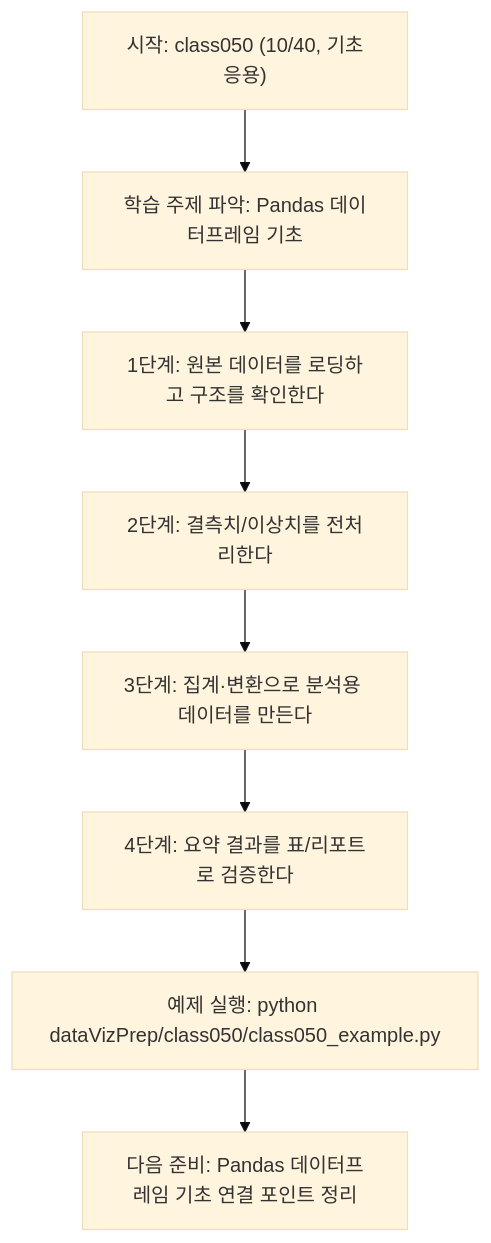
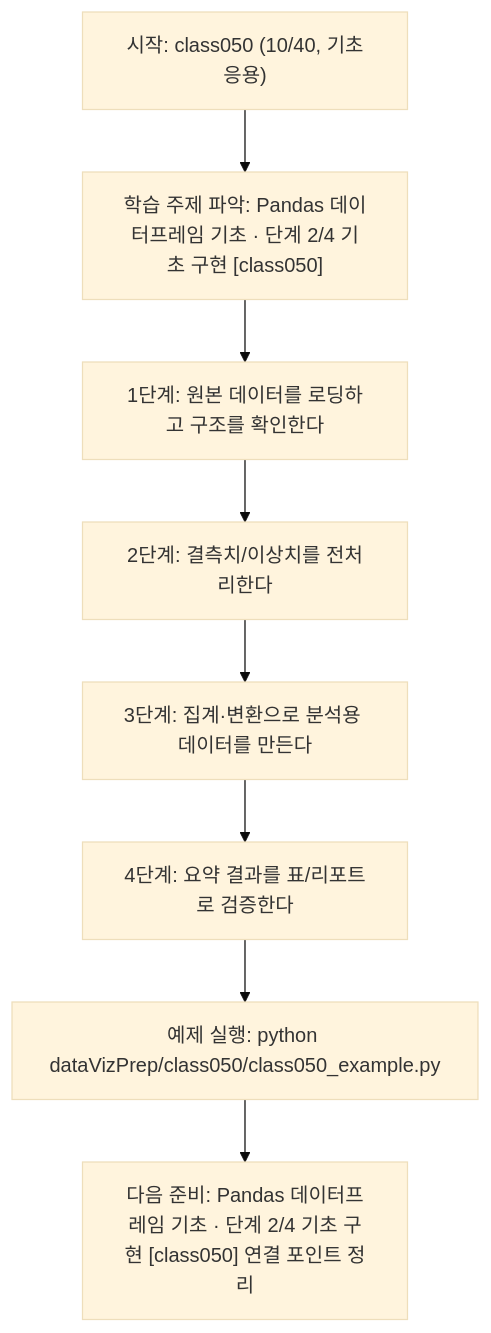
The diagram in dataVizPrep/class050/class050.md (edumgt/Python-AI_Agent-Class), drawn with Mermaid (base theme) before and after one commit. The commit also changed other lines of this file and 522 other files, not shown here.

````diff
--- a/dataVizPrep/class050/class050.md
+++ b/dataVizPrep/class050/class050.md
@@ -110,18 +111,18 @@
 ```mermaid
 flowchart TD
 N1["시작: class050 (10/40, 기초응용)"]
-N2["학습 주제 파악: Pandas 데이터프레임 기초"]
+N2["학습 주제 파악: Pandas 데이터프레임 기초 · 단계 2/4 기초 구현 [class050]"]
 N3["1단계: 원본 데이터를 로딩하고 구조를 확인한다"]
 N4["2단계: 결측치/이상치를 전처리한다"]
 N5["3단계: 집계·변환으로 분석용 데이터를 만든다"]
 N6["4단계: 요약 결과를 표/리포트로 검증한다"]
 N7["예제 실행: python dataVizPrep/class050/class050_example.py"]
-N8["다음 준비: Pandas 데이터프레임 기초 연결 포인트 정리"]
+N8["다음 준비: Pandas 데이터프레임 기초 · 단계 2/4 기초 구현 [class050] 연결 포인트 정리"]
 N1 --> N2
 N2 --> N3
 N3 --> N4
 N4 --> N5
 N5 --> N6
 N6 --> N7
 N7 --> N8
 ```
````
